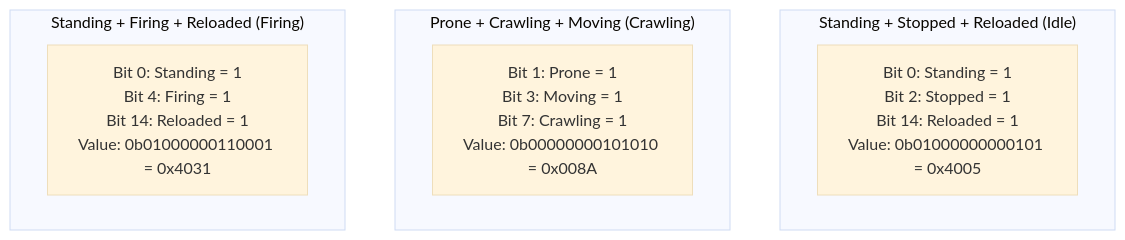
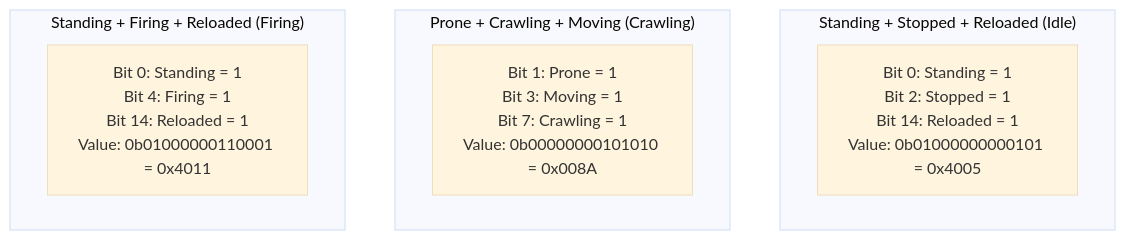
The fourth of 8 diagrams in docs/chapters/03-state-machine.md (jukofyork/OpenCombat-SDL), drawn with Mermaid (base theme) before and after one commit. The commit also changed other lines of this file and 9 other files, not shown here.

First line of the commit message:
Fix architecture documentation inconsistencies across all 10 chapters

````diff
--- a/docs/chapters/03-state-machine.md
+++ b/docs/chapters/03-state-machine.md
@@ -236,14 +236,14 @@
 ```mermaid
 flowchart TD
     subgraph Example1["Standing + Stopped + Reloaded (Idle)"]
         E1["Bit 0: Standing = 1<br/>Bit 2: Stopped = 1<br/>Bit 14: Reloaded = 1<br/>Value: 0b01000000000101 = 0x4005"]
     end
     
     subgraph Example2["Prone + Crawling + Moving (Crawling)"]
         E2["Bit 1: Prone = 1<br/>Bit 3: Moving = 1<br/>Bit 7: Crawling = 1<br/>Value: 0b00000000101010 = 0x008A"]
     end
     
     subgraph Example3["Standing + Firing + Reloaded (Firing)"]
-        E3["Bit 0: Standing = 1<br/>Bit 4: Firing = 1<br/>Bit 14: Reloaded = 1<br/>Value: 0b01000000110001 = 0x4031"]
+        E3["Bit 0: Standing = 1<br/>Bit 4: Firing = 1<br/>Bit 14: Reloaded = 1<br/>Value: 0b01000000110001 = 0x4011"]
     end
 ```
````
